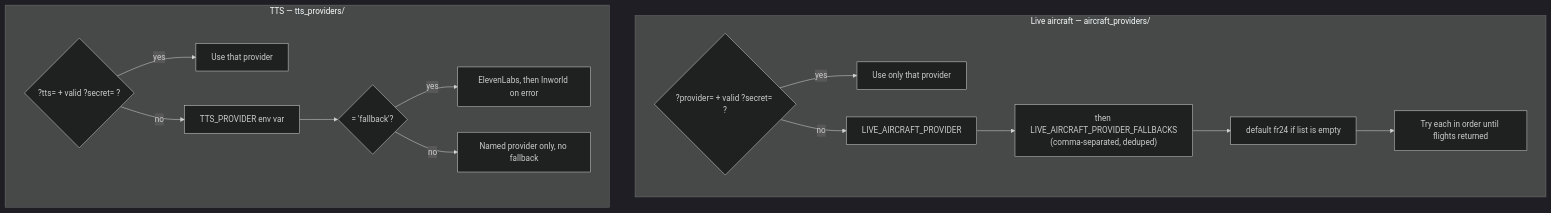
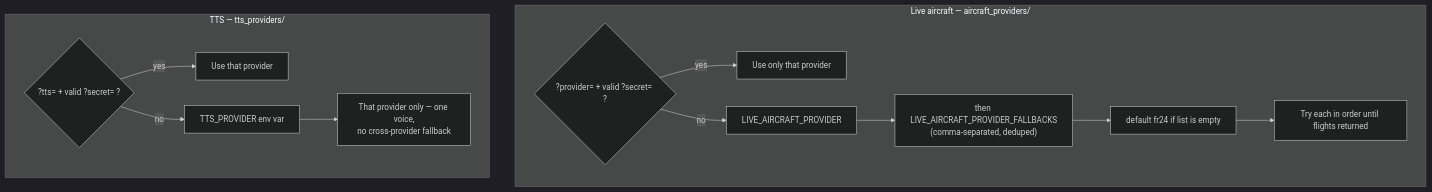
One commit to cjkm3rriman/dreaming-of-a-jet-plane changed the sixth of 8 diagrams in docs/ARCHITECTURE.md. Above: the diagram before and after it, drawn with Mermaid (dark theme). The commit also changed other lines of this file, not shown here.

````diff
--- a/docs/ARCHITECTURE.md
+++ b/docs/ARCHITECTURE.md
@@ -381,20 +381,18 @@
 ```mermaid
 flowchart TD
     subgraph Aircraft["Live aircraft — aircraft_providers/"]
         A1{"?provider= + valid ?secret= ?"}
         A1 -->|yes| A2["Use only that provider"]
         A1 -->|no| A3["LIVE_AIRCRAFT_PROVIDER"]
         A3 --> A4["then LIVE_AIRCRAFT_PROVIDER_FALLBACKS<br/>(comma-separated, deduped)"]
         A4 --> A5["default fr24 if list is empty"]
         A5 --> A6["Try each in order until flights returned"]
     end
 
     subgraph Voice["TTS — tts_providers/"]
         B1{"?tts= + valid ?secret= ?"}
         B1 -->|yes| B2["Use that provider"]
         B1 -->|no| B3["TTS_PROVIDER env var"]
-        B3 --> B4{"= 'fallback'?"}
-        B4 -->|yes| B5["ElevenLabs, then Inworld on error"]
-        B4 -->|no| B6["Named provider only, no fallback"]
+        B3 --> B4["That provider only — one voice,<br/>no cross-provider fallback"]
     end
 ```
````
